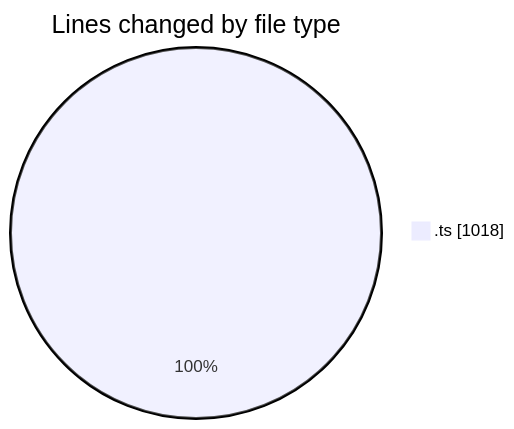
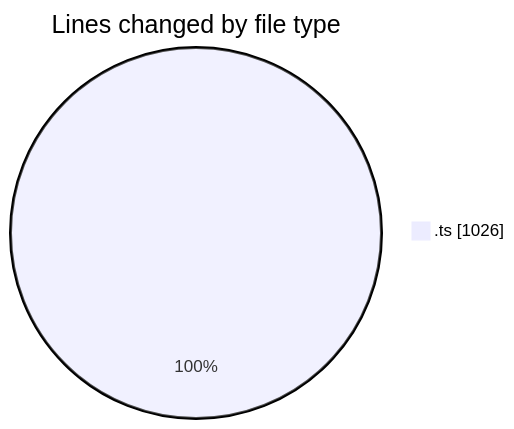
One commit to tmsrecording-cyber/code-tracking changed the first of 2 diagrams in 2026-02-08/singularitybrainai/README.md. Above: the diagram before and after it, drawn with Mermaid. The commit also changed other lines of this file and 1 other file, not shown here.

````diff
--- a/2026-02-08/singularitybrainai/README.md
+++ b/2026-02-08/singularitybrainai/README.md
@@ -21,5 +21,5 @@
 ```mermaid
 pie showData
 title Lines changed by file type
-".ts" : 1018
+".ts" : 1026
 ```
````
